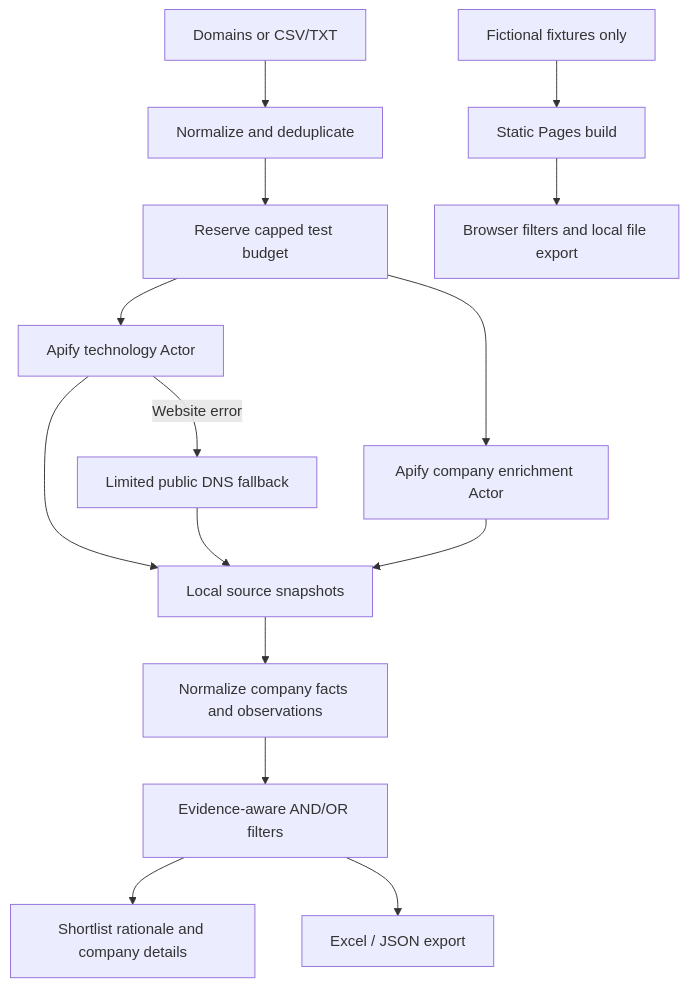
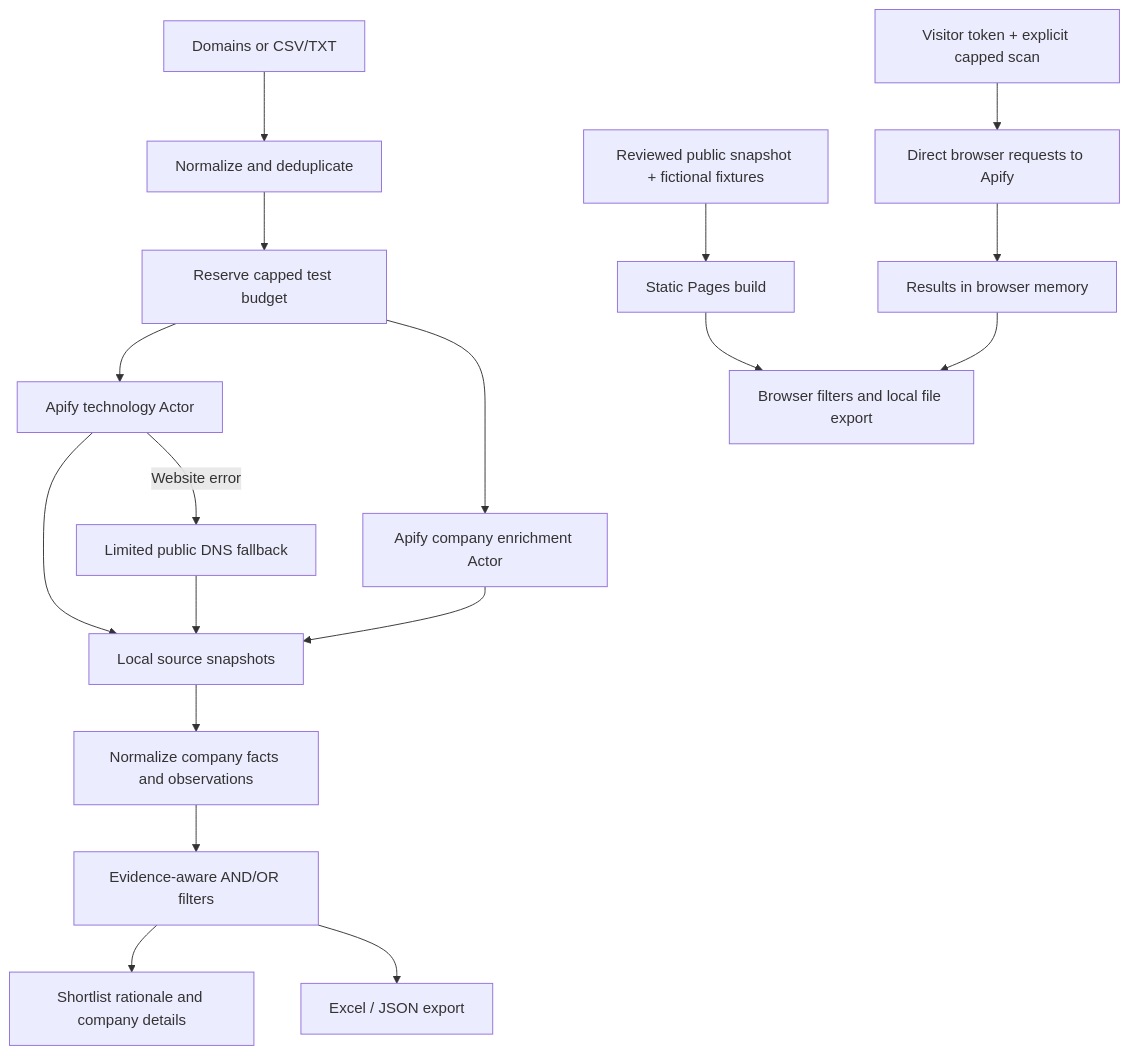
One commit to vinaynaik432-debug/website-technology-intelligence changed the diagram in README.md. Above: the diagram before and after it, drawn with Mermaid. The commit also changed other lines of this file and 19 other files, not shown here.

Commit message:
Add visitor-owned Apify research and a sanitized test-run sample

````diff
--- a/README.md
+++ b/README.md
@@ -162,17 +172,20 @@
 ```mermaid
 flowchart TD
     A[Domains or CSV/TXT] --> B[Normalize and deduplicate]
     B --> C[Reserve capped test budget]
     C --> D[Apify technology Actor]
     C --> E[Apify company enrichment Actor]
     D --> F[Local source snapshots]
     E --> F
     D -->|Website error| G[Limited public DNS fallback]
     G --> F
     F --> H[Normalize company facts and observations]
     H --> I[Evidence-aware AND/OR filters]
     I --> J[Shortlist rationale and company details]
     I --> K[Excel / JSON export]
-    L[Fictional fixtures only] --> M[Static Pages build]
+    L[Reviewed public snapshot + fictional fixtures] --> M[Static Pages build]
     M --> N[Browser filters and local file export]
+    O[Visitor token + explicit capped scan] --> P[Direct browser requests to Apify]
+    P --> Q[Results in browser memory]
+    Q --> N
 ```
````
